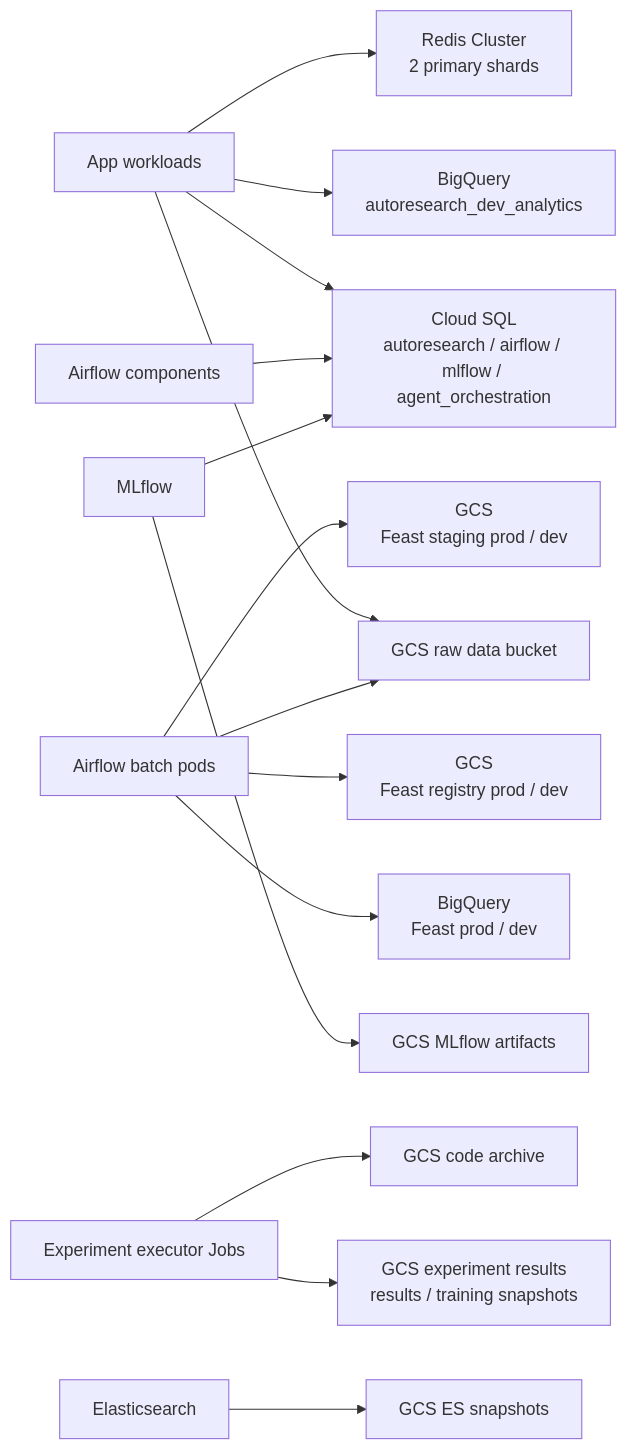
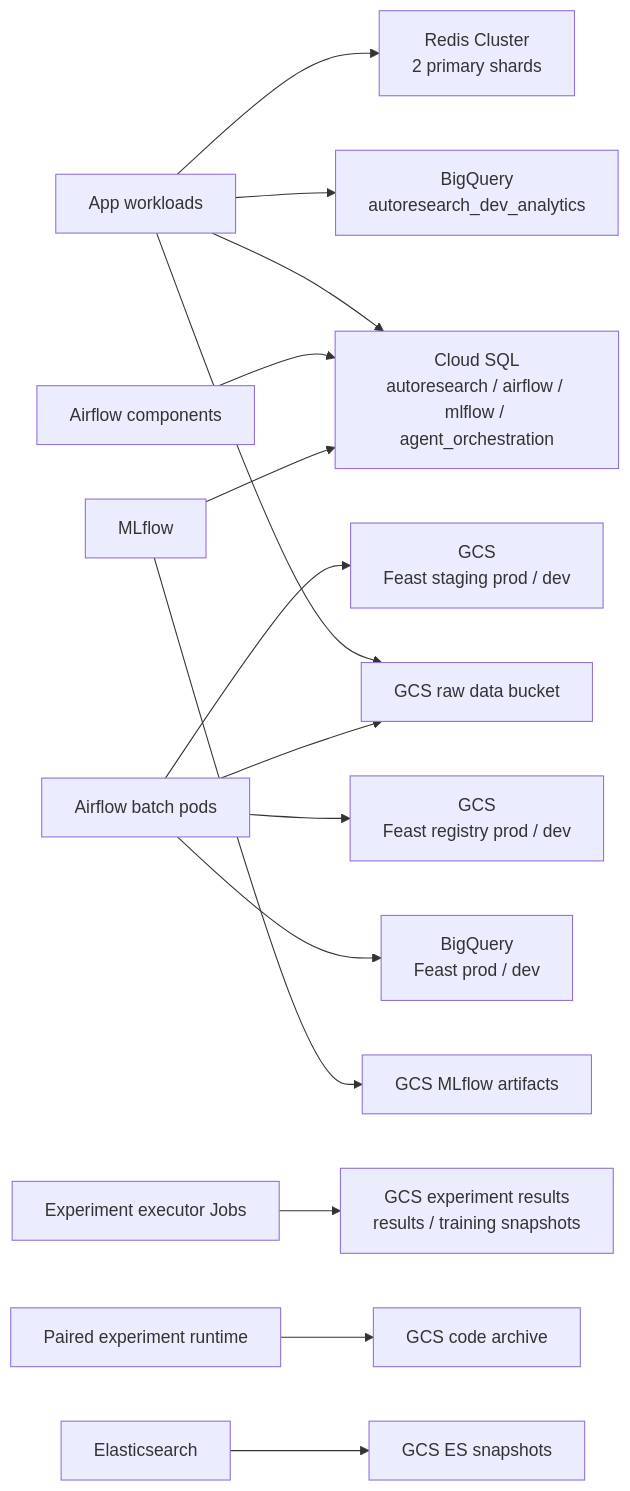
The sixth of 9 diagrams in docs/INFRASTRUCTURE_SUMMARY.md (SKYAHO/Autoresearch-infra), drawn with Mermaid before and after one commit. The commit also changed other lines of this file and 1 other file, not shown here.

````diff
--- a/docs/INFRASTRUCTURE_SUMMARY.md
+++ b/docs/INFRASTRUCTURE_SUMMARY.md
@@ -436,35 +464,36 @@
 ```mermaid
 flowchart LR
     app["App workloads"]
     airflowComp["Airflow components"]
     batch["Airflow batch pods"]
     executor["Experiment executor Jobs"]
+    paired["Paired experiment runtime"]
     mlflow["MLflow"]
     elastic["Elasticsearch"]
     raw["GCS raw data bucket"]
     bqanalytics["BigQuery<br/>autoresearch_dev_analytics"]
     feastbq["BigQuery<br/>Feast prod / dev"]
     registry["GCS<br/>Feast registry prod / dev"]
     staging["GCS<br/>Feast staging prod / dev"]
     sql["Cloud SQL<br/>autoresearch / airflow / mlflow / agent_orchestration"]
     redis["Redis Cluster<br/>2 primary shards"]
     experiment["GCS experiment results<br/>results / training snapshots"]
     mlflowArtifacts["GCS MLflow artifacts"]
     codeArtifacts["GCS code archive"]
     esSnapshots["GCS ES snapshots"]
 
     app --> raw
     app --> bqanalytics
     app --> sql
     app --> redis
     batch --> raw
     batch --> feastbq
     batch --> registry
     batch --> staging
     airflowComp --> sql
     executor --> experiment
-    executor --> codeArtifacts
+    paired --> codeArtifacts
     mlflow --> sql
     mlflow --> mlflowArtifacts
     elastic --> esSnapshots
 ```
````
